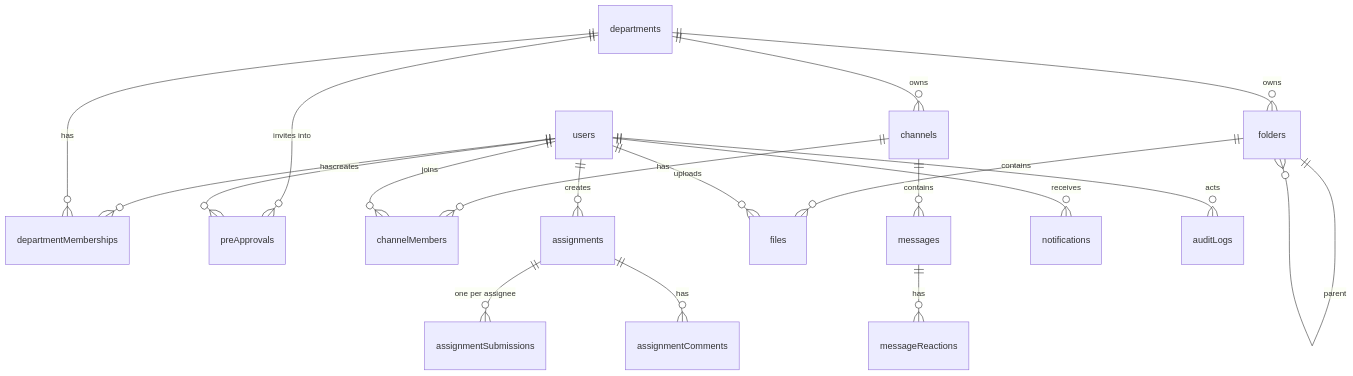
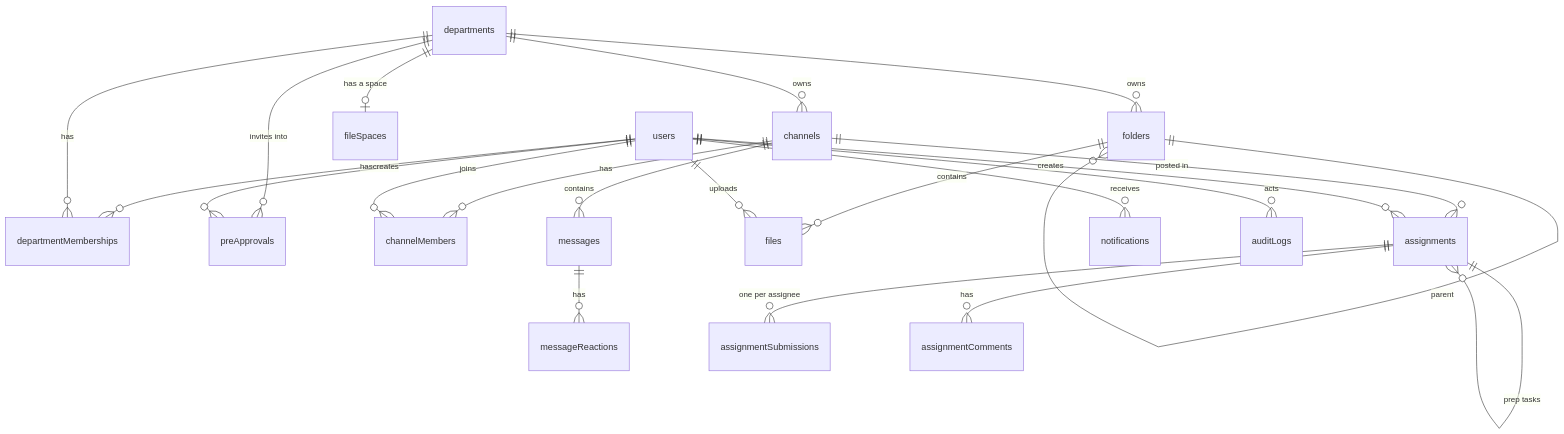
The diagram in doc/03-data-model.md (UCSB-CSSA-dev/canvas), drawn with Mermaid before and after one commit. The commit also changed other lines of this file and 77 other files, not shown here.

````diff
--- a/doc/03-data-model.md
+++ b/doc/03-data-model.md
@@ -31,21 +31,24 @@
 ```mermaid
 erDiagram
   users ||--o{ departmentMemberships : has
   departments ||--o{ departmentMemberships : has
   departments ||--o{ preApprovals : "invites into"
   users ||--o{ preApprovals : creates
   departments ||--o{ channels : owns
   channels ||--o{ channelMembers : has
   users ||--o{ channelMembers : joins
   channels ||--o{ messages : contains
   messages ||--o{ messageReactions : has
+  departments ||--o| fileSpaces : "has a space"
   departments ||--o{ folders : owns
   folders ||--o{ folders : parent
   folders ||--o{ files : contains
   users ||--o{ files : uploads
+  channels ||--o{ assignments : "posted in"
+  assignments ||--o{ assignments : "prep tasks"
   users ||--o{ assignments : creates
   assignments ||--o{ assignmentSubmissions : "one per assignee"
   assignments ||--o{ assignmentComments : has
   users ||--o{ notifications : receives
   users ||--o{ auditLogs : acts
 ```
````
